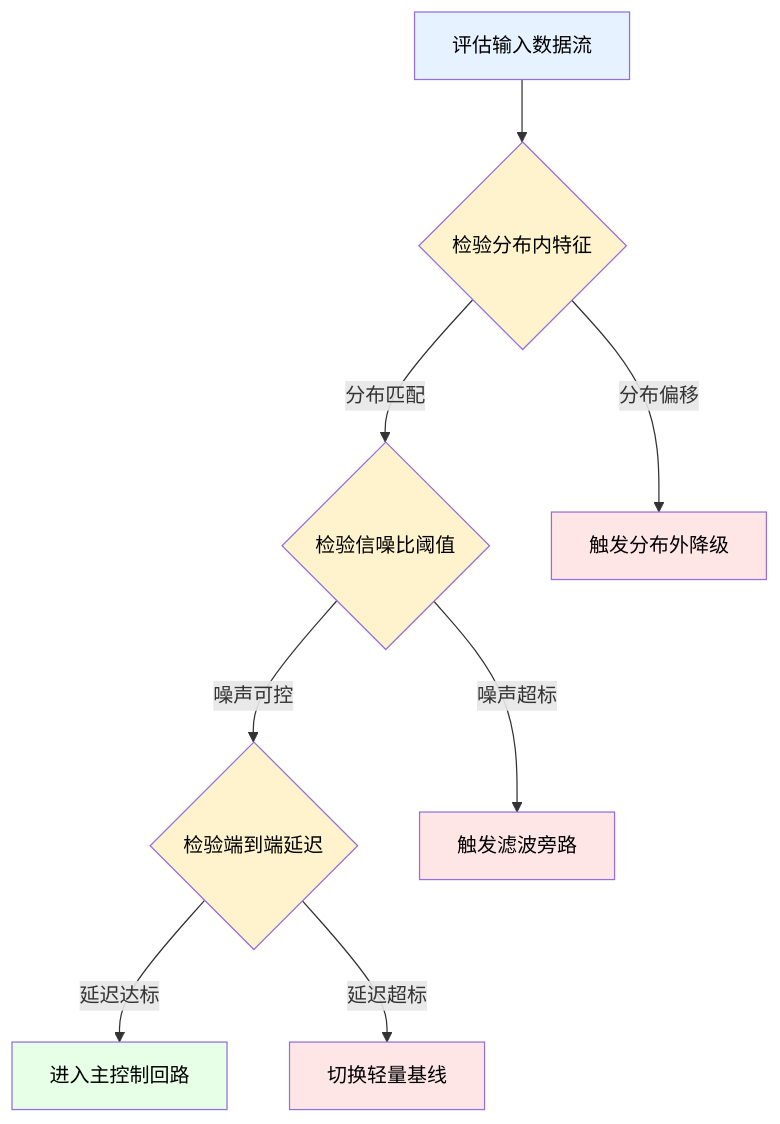
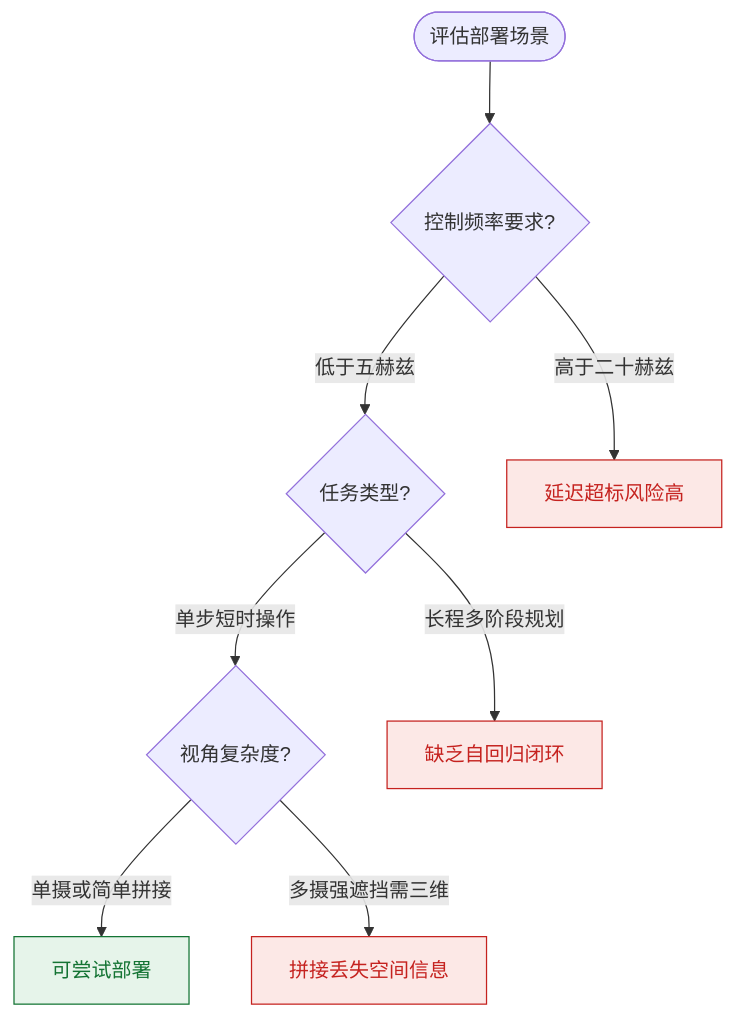
One commit to ShinewineW/paper-rolling changed the ninth of 10 diagrams in person_vault/2026-06-08_FastWAM_2603.16666/report.md. Above: the diagram before and after it, drawn with Mermaid. The commit also changed other lines of this file and 51 other files, not shown here.

````diff
--- a/person_vault/2026-06-08_FastWAM_2603.16666/report.md
+++ b/person_vault/2026-06-08_FastWAM_2603.16666/report.md
@@ -416,15 +550,16 @@
 ```mermaid
-flowchart TB
-    classDef start fill:#e6f2ff,color:#000;
-    classDef check fill:#fff3cd,color:#000;
-    classDef pass fill:#e6ffe6,color:#000;
-    classDef fail fill:#ffe6e6,color:#000;
-    
-    eval_input["评估输入数据流"]:::start --> check_dist{检验分布内特征}:::check
-    check_dist -->|分布匹配| check_noise{检验信噪比阈值}:::check
-    check_dist -->|分布偏移| fail_dist["触发分布外降级"]:::fail
-    check_noise -->|噪声可控| check_latency{检验端到端延迟}:::check
-    check_noise -->|噪声超标| fail_noise["触发滤波旁路"]:::fail
-    check_latency -->|延迟达标| pass["进入主控制回路"]:::pass
-    check_latency -->|延迟超标| fail_latency["切换轻量基线"]:::fail
+flowchart TD
+    classDef pass fill:#e6f4ea,color:#137333,stroke:#137333;
+    classDef fail fill:#fce8e6,color:#c5221f,stroke:#c5221f;
+    classDef check fill:#fff8e1,color:#b06000,stroke:#b06000;
+
+    start(["评估部署场景"]) --> check_freq{控制频率要求?}
+    check_freq -->|低于五赫兹| check_task{任务类型?}
+    check_freq -->|高于二十赫兹| fail_latency["延迟超标风险高"]:::fail
+
+    check_task -->|单步短时操作| check_view{视角复杂度?}
+    check_task -->|长程多阶段规划| fail_rollout["缺乏自回归闭环"]:::fail
+
+    check_view -->|单摄或简单拼接| pass_deploy["可尝试部署"]:::pass
+    check_view -->|多摄强遮挡需三维| fail_fusion["拼接丢失空间信息"]:::fail
 ```
````
